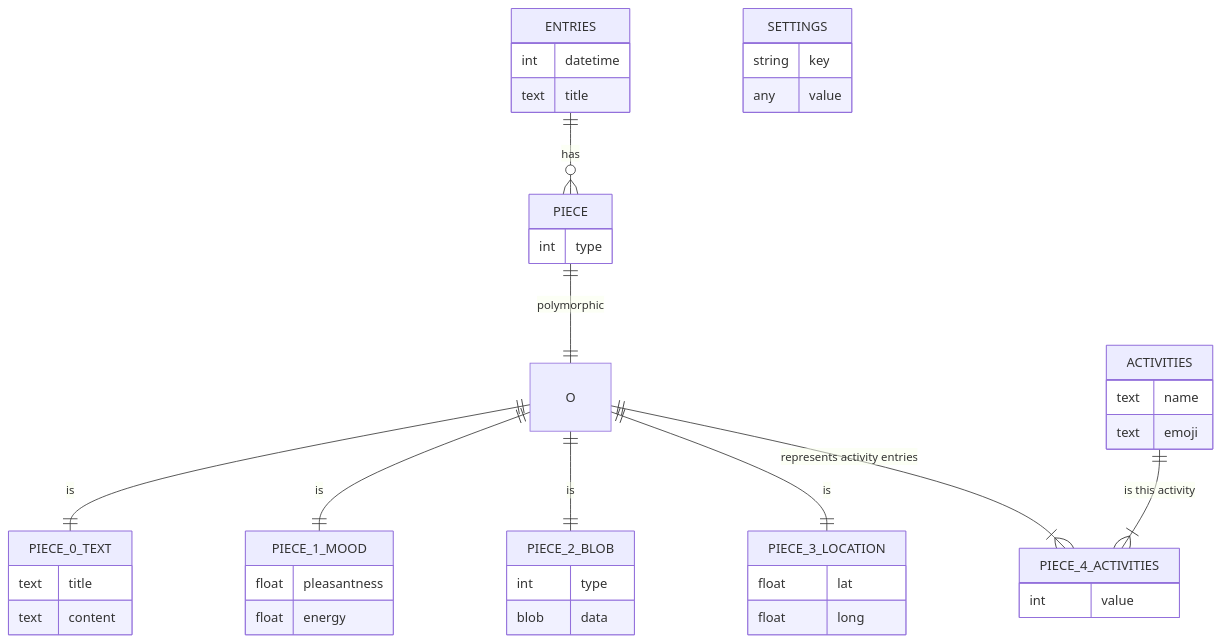
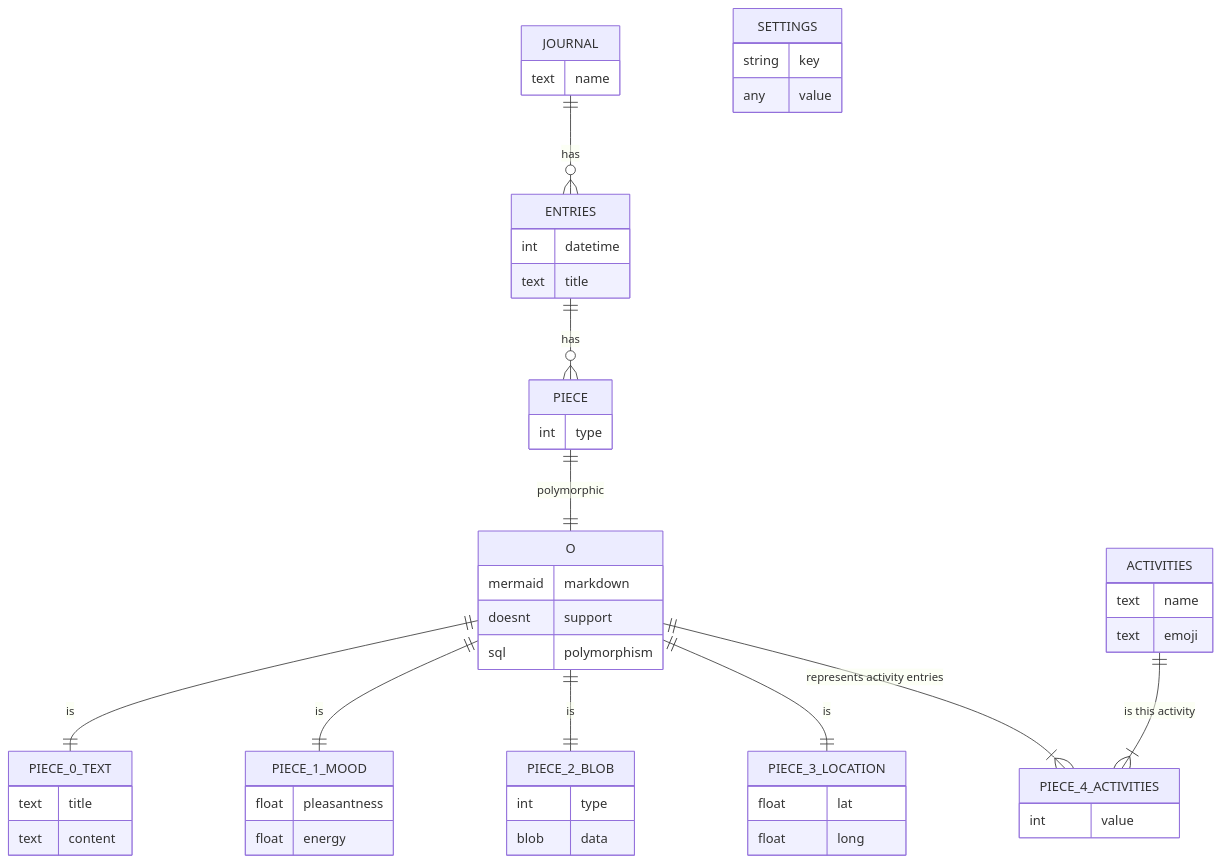
Before and after one commit to machineonamission/PowerJournal: the diagram in src/database/erd.mmd, drawn with Mermaid. The commit also changed 25 other files, not shown here.

```diff
--- a/src/database/erd.mmd
+++ b/src/database/erd.mmd
@@ -1,43 +1,52 @@
 erDiagram
+    JOURNAL {
+        text name
+    }
     ENTRIES {
         int datetime
         text title
     }
     PIECE {
         int type
     }
     PIECE_0_TEXT {
         text title
         text content
     }
     PIECE_1_MOOD {
         float pleasantness
         float energy
     }
     PIECE_2_BLOB {
         int type
         blob data
     }
     PIECE_3_LOCATION {
         float lat
         float long
     }
     PIECE_4_ACTIVITIES {
         int value
     }
     ACTIVITIES {
         text name
         text emoji
     }
     SETTINGS {
         string key
         any value
     }
+    O {
+        mermaid markdown
+        doesnt support
+        sql polymorphism
+    }
+    JOURNAL ||--o{ ENTRIES : has
     ENTRIES ||--o{ PIECE : has
     PIECE ||--|| O : polymorphic
     O ||--|| PIECE_0_TEXT : is
     O ||--|| PIECE_1_MOOD : is
     O ||--|| PIECE_2_BLOB : is
     O ||--|| PIECE_3_LOCATION : is
     O ||--|{ PIECE_4_ACTIVITIES : "represents activity entries"
     ACTIVITIES ||--|{ PIECE_4_ACTIVITIES : "is this activity"
```
